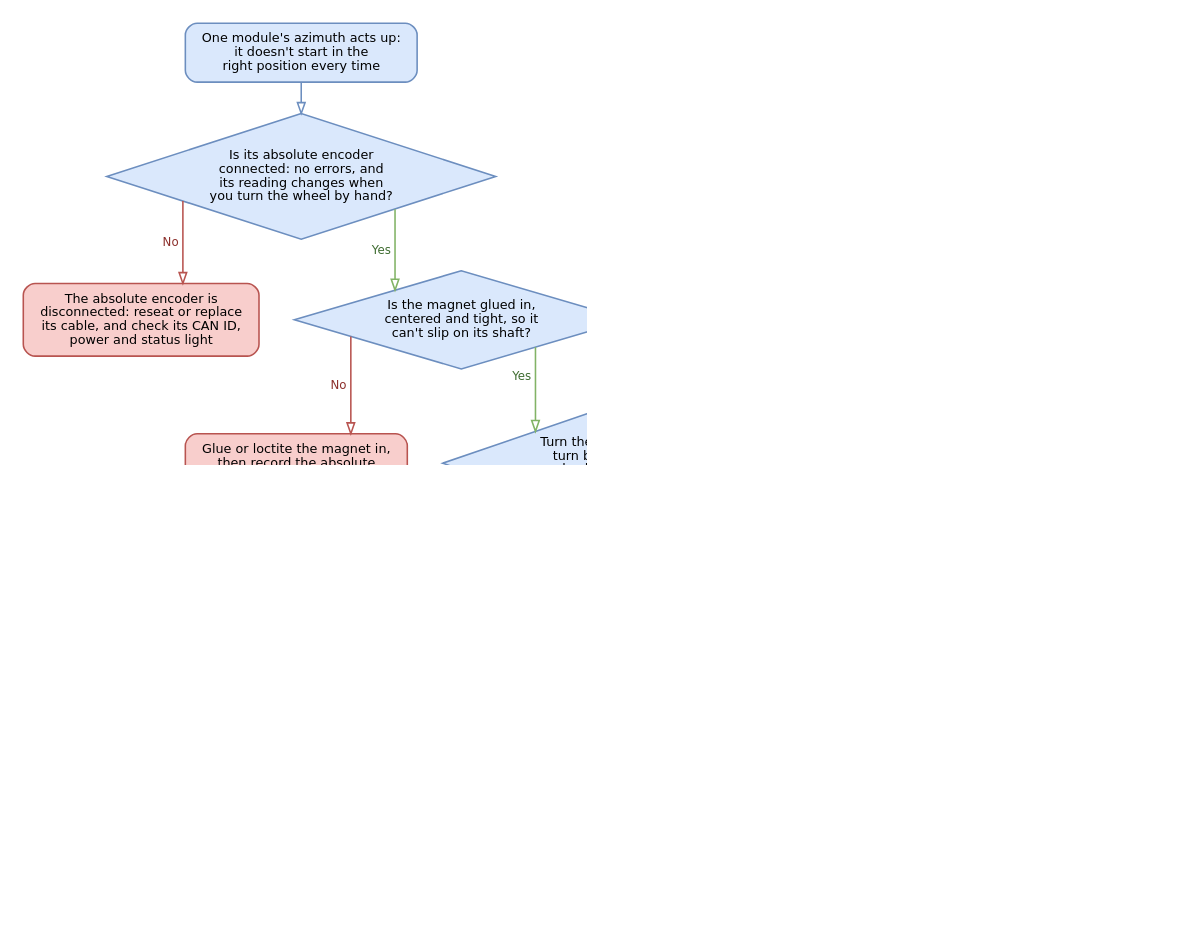
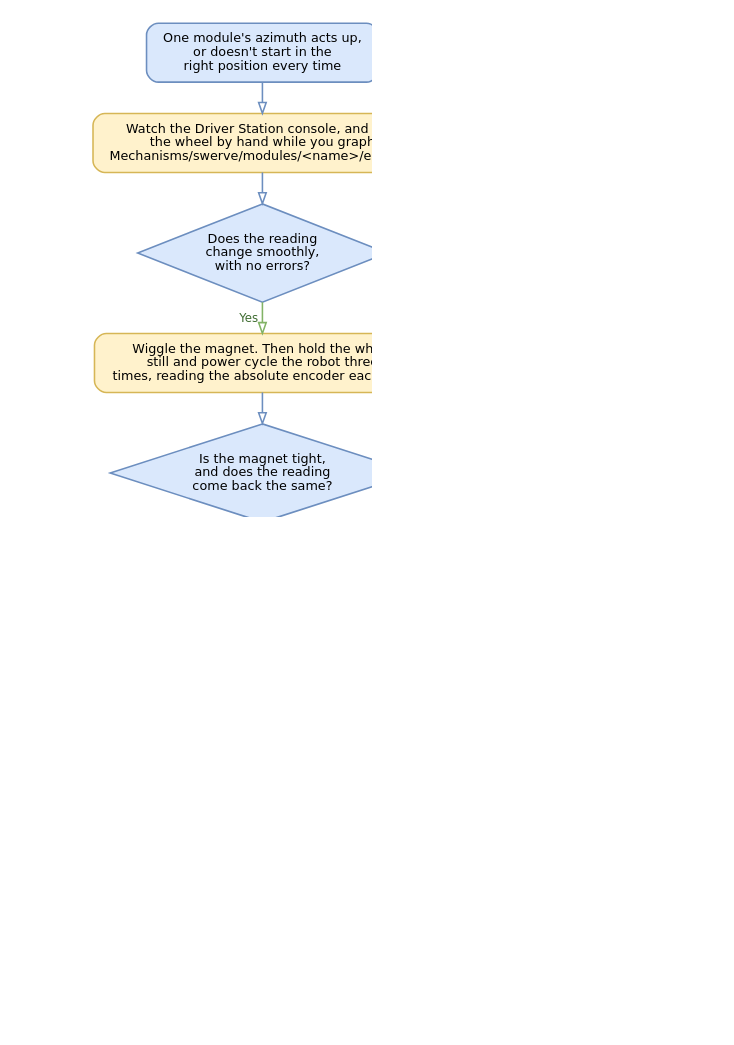
Before and after one commit to Yet-Another-Software-Suite/YAGSL-gitbook: the diagram in .gitbook/assets/yagsl-flowchart-azimuth.dot, drawn with Graphviz. The commit also changed 11 other files, not shown here.

Commit message:
Troubleshooting flowcharts: add how-to-check steps; check a module's build last

```diff
--- a/.gitbook/assets/yagsl-flowchart-azimuth.dot
+++ b/.gitbook/assets/yagsl-flowchart-azimuth.dot
@@ -1,28 +1,37 @@
 digraph G {
   graph [rankdir=TB, nodesep=0.5, ranksep=0.45, pad=0.3, bgcolor="white", dpi=150, splines=ortho];
   node  [fontname="DejaVu Sans", fontsize=13, margin="0.2,0.12", penwidth=1.6];
   edge  [fontname="DejaVu Sans", fontsize=12, penwidth=1.6, arrowhead=onormal, arrowsize=1.1];
-  s [label="One module's azimuth acts up:\nit doesn't start in the\nright position every time", shape=box, style="rounded,filled", fillcolor="#dae8fc", color="#6c8ebf"];
-  q1 [label="Is its absolute encoder\nconnected: no errors, and\nits reading changes when\nyou turn the wheel by hand?", shape=diamond, style=filled, fillcolor="#dae8fc", color="#6c8ebf", margin="0.05,0.05"];
+  graph [nodesep=1.1];
+  s [label="One module's azimuth acts up,\nor doesn't start in the\nright position every time", shape=box, style="rounded,filled", fillcolor="#dae8fc", color="#6c8ebf"];
+  h1 [label="Watch the Driver Station console, and turn\nthe wheel by hand while you graph\nMechanisms/swerve/modules/<name>/encoder", shape=box, style="rounded,filled", fillcolor="#fff2cc", color="#d6b656"];
+  q1 [label="Does the reading\nchange smoothly,\nwith no errors?", shape=diamond, style=filled, fillcolor="#dae8fc", color="#6c8ebf", margin="0.05,0.05"];
   f1 [label="The absolute encoder is\ndisconnected: reseat or replace\nits cable, and check its CAN ID,\npower and status light", shape=box, style="rounded,filled", fillcolor="#f8cecc", color="#b85450"];
-  q2 [label="Is the magnet glued in,\ncentered and tight, so it\ncan't slip on its shaft?", shape=diamond, style=filled, fillcolor="#dae8fc", color="#6c8ebf", margin="0.05,0.05"];
+  {rank=same; q1; f1;}
+  s -> h1 [color="#6c8ebf", weight=10];
+  h1 -> q1 [color="#6c8ebf", weight=10];
+  q1 -> f1 [xlabel=" No ", color="#b85450", fontcolor="#8c2f2b"];
+  q1 -> h2 [xlabel=" Yes ", color="#82b366", fontcolor="#3d6b2f", weight=10];
+  h2 [label="Wiggle the magnet. Then hold the wheel\nstill and power cycle the robot three\ntimes, reading the absolute encoder each time", shape=box, style="rounded,filled", fillcolor="#fff2cc", color="#d6b656"];
+  q2 [label="Is the magnet tight,\nand does the reading\ncome back the same?", shape=diamond, style=filled, fillcolor="#dae8fc", color="#6c8ebf", margin="0.05,0.05"];
   f2 [label="Glue or loctite the magnet in,\nthen record the absolute\nencoder offset again", shape=box, style="rounded,filled", fillcolor="#f8cecc", color="#b85450"];
-  q3 [label="Turn the wheel exactly one\nturn by hand. Does the\nabsolute encoder read\none turn too?", shape=diamond, style=filled, fillcolor="#dae8fc", color="#6c8ebf", margin="0.05,0.05"];
-  f3 [label="The module is built incorrectly:\nthe encoder or magnet is on the\nwrong shaft or gear. Rebuild it\nby the manufacturer's guide", shape=box, style="rounded,filled", fillcolor="#f8cecc", color="#b85450"];
-  q4 [label="Graph the motor position\nwith the absolute encoder.\nDo the lines stay on top\nof each other?", shape=diamond, style=filled, fillcolor="#dae8fc", color="#6c8ebf", margin="0.05,0.05"];
-  f4 [label="The gearing is wrong: set\nthe angle gear ratio for your\nmodule and its configuration", shape=box, style="rounded,filled", fillcolor="#f8cecc", color="#b85450"];
-  q5 [label="Does the azimuth turn freely\nby hand, and draw about the\nsame current as the other\nmodules with the same gains?", shape=diamond, style=filled, fillcolor="#dae8fc", color="#6c8ebf", margin="0.05,0.05"];
-  f5 [label="The motor is dying or the\nmodule binds: clean and grease\nthe module, then replace\nthe motor if it still struggles", shape=box, style="rounded,filled", fillcolor="#f8cecc", color="#b85450"];
-  d [label="Swap this module's motor\nand encoder with another\nmodule's: if the problem\nmoves, replace that part", shape=box, style="rounded,filled", fillcolor="#d5e8d4", color="#82b366"];
-  s -> q1 [color="#6c8ebf"];
-  q1 -> f1 [xlabel=" No ", color="#b85450", fontcolor="#8c2f2b"];
-  q1 -> q2 [xlabel=" Yes ", color="#82b366", fontcolor="#3d6b2f"];
+  {rank=same; q2; f2;}
+  h2 -> q2 [color="#6c8ebf", weight=10];
   q2 -> f2 [xlabel=" No ", color="#b85450", fontcolor="#8c2f2b"];
-  q2 -> q3 [xlabel=" Yes ", color="#82b366", fontcolor="#3d6b2f"];
+  q2 -> h3 [xlabel=" Yes ", color="#82b366", fontcolor="#3d6b2f", weight=10];
+  h3 [label="Graph the motor position,\nMechanisms/swerve/modules/<name>/azimuth/mechanism/position,\nwith the absolute encoder, and turn the wheel by hand", shape=box, style="rounded,filled", fillcolor="#fff2cc", color="#d6b656"];
+  q3 [label="Do the lines stay\non top of each other?", shape=diamond, style=filled, fillcolor="#dae8fc", color="#6c8ebf", margin="0.05,0.05"];
+  f3 [label="The gearing is wrong: set\nthe angle gear ratio for your\nmodule and its configuration", shape=box, style="rounded,filled", fillcolor="#f8cecc", color="#b85450"];
+  {rank=same; q3; f3;}
+  h3 -> q3 [color="#6c8ebf", weight=10];
   q3 -> f3 [xlabel=" No ", color="#b85450", fontcolor="#8c2f2b"];
-  q3 -> q4 [xlabel=" Yes ", color="#82b366", fontcolor="#3d6b2f"];
+  q3 -> h4 [xlabel=" Yes ", color="#82b366", fontcolor="#3d6b2f", weight=10];
+  h4 [label="Turn the wheel by hand, then compare\nthe azimuth motor's current with\nthe other modules' on the same gains", shape=box, style="rounded,filled", fillcolor="#fff2cc", color="#d6b656"];
+  q4 [label="Does it turn freely,\nand draw about the\nsame current?", shape=diamond, style=filled, fillcolor="#dae8fc", color="#6c8ebf", margin="0.05,0.05"];
+  f4 [label="The motor is dying or the module\nbinds: clean and grease it, then swap\nthe motor with another module's.\nIf the problem follows, replace it", shape=box, style="rounded,filled", fillcolor="#f8cecc", color="#b85450"];
+  {rank=same; q4; f4;}
+  h4 -> q4 [color="#6c8ebf", weight=10];
   q4 -> f4 [xlabel=" No ", color="#b85450", fontcolor="#8c2f2b"];
-  q4 -> q5 [xlabel=" Yes ", color="#82b366", fontcolor="#3d6b2f"];
-  q5 -> f5 [xlabel=" No ", color="#b85450", fontcolor="#8c2f2b"];
-  q5 -> d [xlabel=" Yes ", color="#82b366", fontcolor="#3d6b2f"];
+  q4 -> d [xlabel=" Yes ", color="#82b366", fontcolor="#3d6b2f", weight=10];
+  d [label="The module is built incorrectly. Turn the wheel\nexactly one turn by hand: the absolute encoder\nshould read one turn too. Compare it with another\nmodule part by part, and rebuild it by the\nmanufacturer's guide", shape=box, style="rounded,filled", fillcolor="#f8cecc", color="#b85450"];
 }
```
